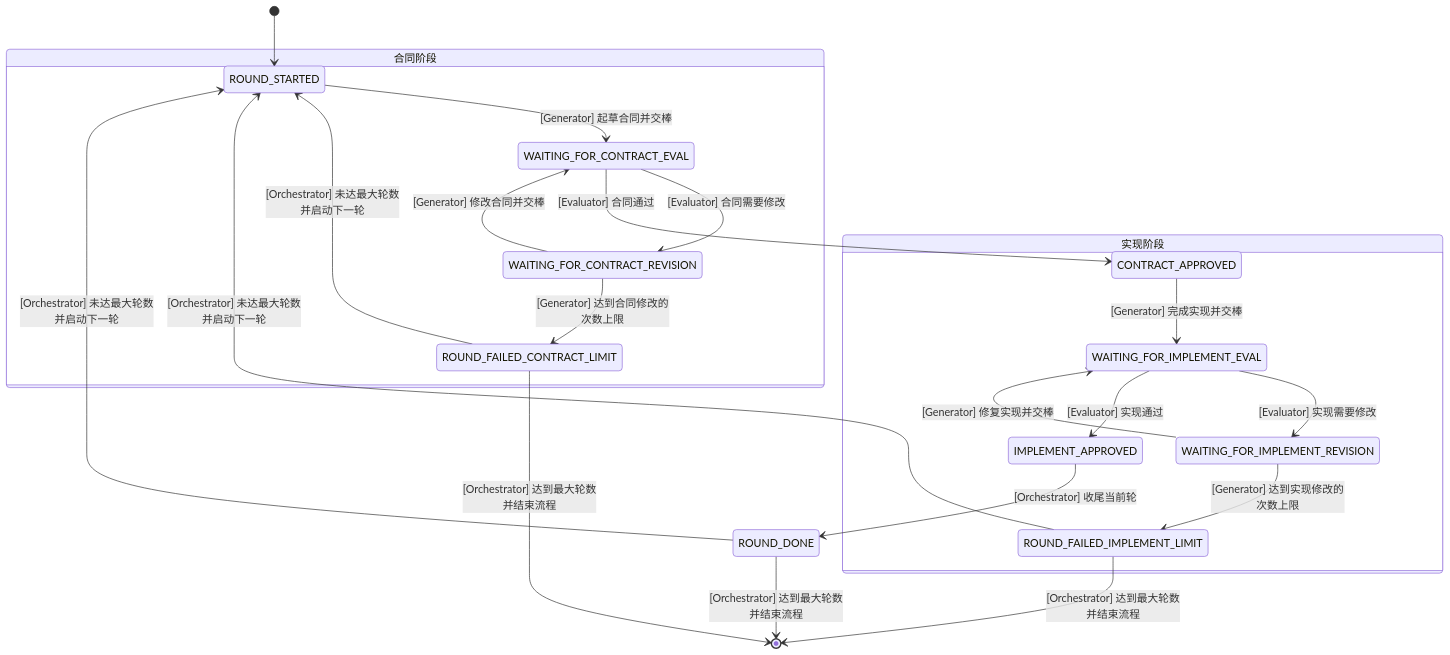
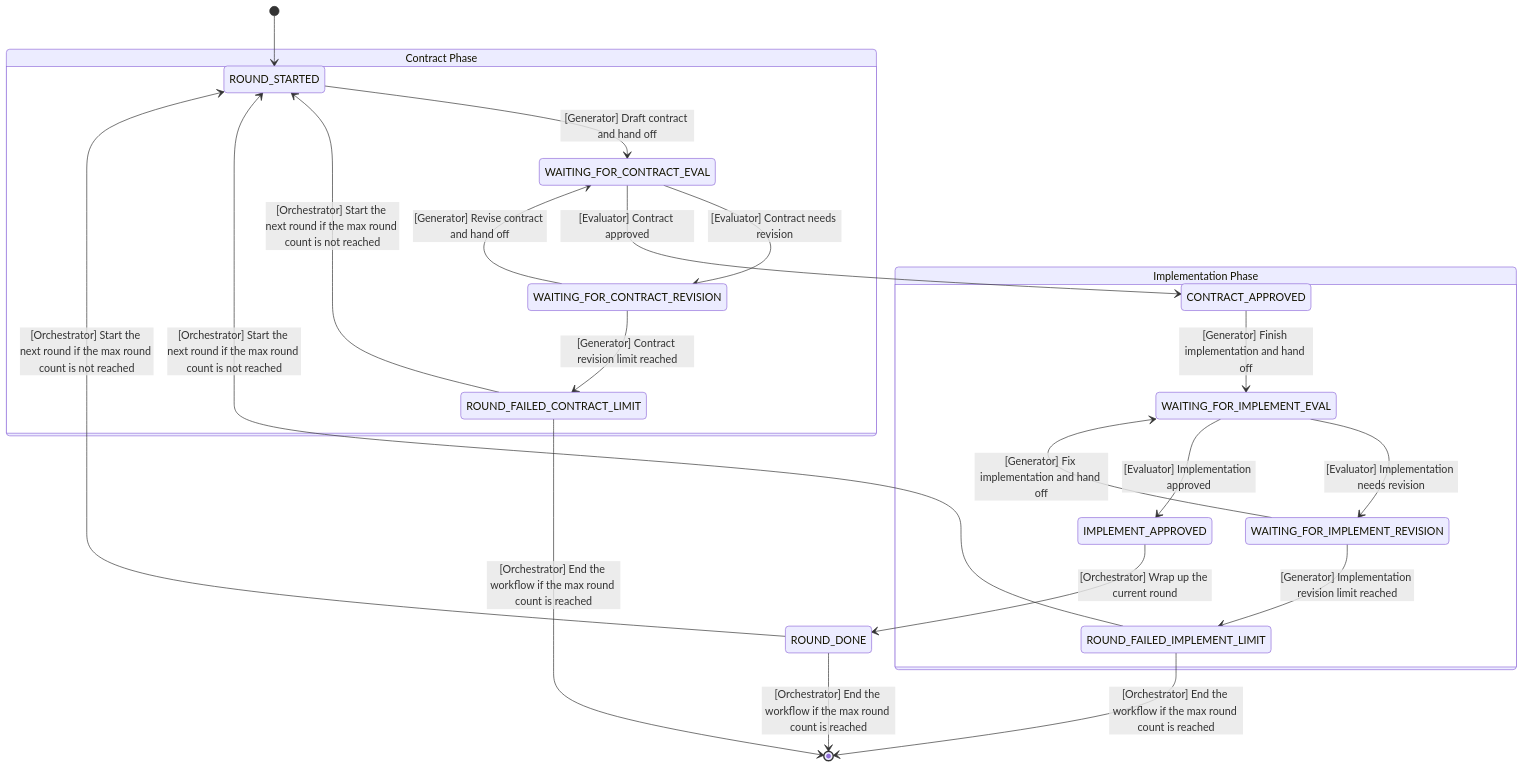
Before and after one commit to fjchen7/autogan: the diagram in gan/rules/WORKFLOW.md, drawn with Mermaid. The commit also changed other lines of this file and 8 other files, not shown here.

````diff
--- a/gan/rules/WORKFLOW.md
+++ b/gan/rules/WORKFLOW.md
@@ -37,25 +37,25 @@
 ```mermaid
 stateDiagram-v2
     [*] --> ROUND_STARTED
-    state "合同阶段" as CONTRACT_PHASE {
-        ROUND_STARTED --> WAITING_FOR_CONTRACT_EVAL: [Generator] 起草合同并交棒
-        WAITING_FOR_CONTRACT_EVAL --> WAITING_FOR_CONTRACT_REVISION: [Evaluator] 合同需要修改
-        WAITING_FOR_CONTRACT_EVAL --> CONTRACT_APPROVED: [Evaluator] 合同通过
-        WAITING_FOR_CONTRACT_REVISION --> WAITING_FOR_CONTRACT_EVAL: [Generator] 修改合同并交棒
-        WAITING_FOR_CONTRACT_REVISION --> ROUND_FAILED_CONTRACT_LIMIT: [Generator] 达到合同修改的次数上限
+    state "Contract Phase" as CONTRACT_PHASE {
+        ROUND_STARTED --> WAITING_FOR_CONTRACT_EVAL: [Generator] Draft contract and hand off
+        WAITING_FOR_CONTRACT_EVAL --> WAITING_FOR_CONTRACT_REVISION: [Evaluator] Contract needs revision
+        WAITING_FOR_CONTRACT_EVAL --> CONTRACT_APPROVED: [Evaluator] Contract approved
+        WAITING_FOR_CONTRACT_REVISION --> WAITING_FOR_CONTRACT_EVAL: [Generator] Revise contract and hand off
+        WAITING_FOR_CONTRACT_REVISION --> ROUND_FAILED_CONTRACT_LIMIT: [Generator] Contract revision limit reached
     }
-    state "实现阶段" as IMPLEMENT_PHASE {
-        CONTRACT_APPROVED --> WAITING_FOR_IMPLEMENT_EVAL: [Generator] 完成实现并交棒
-        WAITING_FOR_IMPLEMENT_EVAL --> WAITING_FOR_IMPLEMENT_REVISION: [Evaluator] 实现需要修改
-        WAITING_FOR_IMPLEMENT_EVAL --> IMPLEMENT_APPROVED: [Evaluator] 实现通过
-        WAITING_FOR_IMPLEMENT_REVISION --> WAITING_FOR_IMPLEMENT_EVAL: [Generator] 修复实现并交棒
-        WAITING_FOR_IMPLEMENT_REVISION --> ROUND_FAILED_IMPLEMENT_LIMIT: [Generator] 达到实现修改的次数上限
+    state "Implementation Phase" as IMPLEMENT_PHASE {
+        CONTRACT_APPROVED --> WAITING_FOR_IMPLEMENT_EVAL: [Generator] Finish implementation and hand off
+        WAITING_FOR_IMPLEMENT_EVAL --> WAITING_FOR_IMPLEMENT_REVISION: [Evaluator] Implementation needs revision
+        WAITING_FOR_IMPLEMENT_EVAL --> IMPLEMENT_APPROVED: [Evaluator] Implementation approved
+        WAITING_FOR_IMPLEMENT_REVISION --> WAITING_FOR_IMPLEMENT_EVAL: [Generator] Fix implementation and hand off
+        WAITING_FOR_IMPLEMENT_REVISION --> ROUND_FAILED_IMPLEMENT_LIMIT: [Generator] Implementation revision limit reached
     }
-    IMPLEMENT_APPROVED --> ROUND_DONE: [Orchestrator] 收尾当前轮
-    ROUND_DONE --> ROUND_STARTED: [Orchestrator] 未达最大轮数并启动下一轮
-    ROUND_FAILED_CONTRACT_LIMIT --> ROUND_STARTED: [Orchestrator] 未达最大轮数并启动下一轮
-    ROUND_FAILED_IMPLEMENT_LIMIT --> ROUND_STARTED: [Orchestrator] 未达最大轮数并启动下一轮
-    ROUND_DONE --> [*]: [Orchestrator] 达到最大轮数并结束流程
-    ROUND_FAILED_CONTRACT_LIMIT --> [*]: [Orchestrator] 达到最大轮数并结束流程
-    ROUND_FAILED_IMPLEMENT_LIMIT --> [*]: [Orchestrator] 达到最大轮数并结束流程
+    IMPLEMENT_APPROVED --> ROUND_DONE: [Orchestrator] Wrap up the current round
+    ROUND_DONE --> ROUND_STARTED: [Orchestrator] Start the next round if the max round count is not reached
+    ROUND_FAILED_CONTRACT_LIMIT --> ROUND_STARTED: [Orchestrator] Start the next round if the max round count is not reached
+    ROUND_FAILED_IMPLEMENT_LIMIT --> ROUND_STARTED: [Orchestrator] Start the next round if the max round count is not reached
+    ROUND_DONE --> [*]: [Orchestrator] End the workflow if the max round count is reached
+    ROUND_FAILED_CONTRACT_LIMIT --> [*]: [Orchestrator] End the workflow if the max round count is reached
+    ROUND_FAILED_IMPLEMENT_LIMIT --> [*]: [Orchestrator] End the workflow if the max round count is reached
 ```
````
